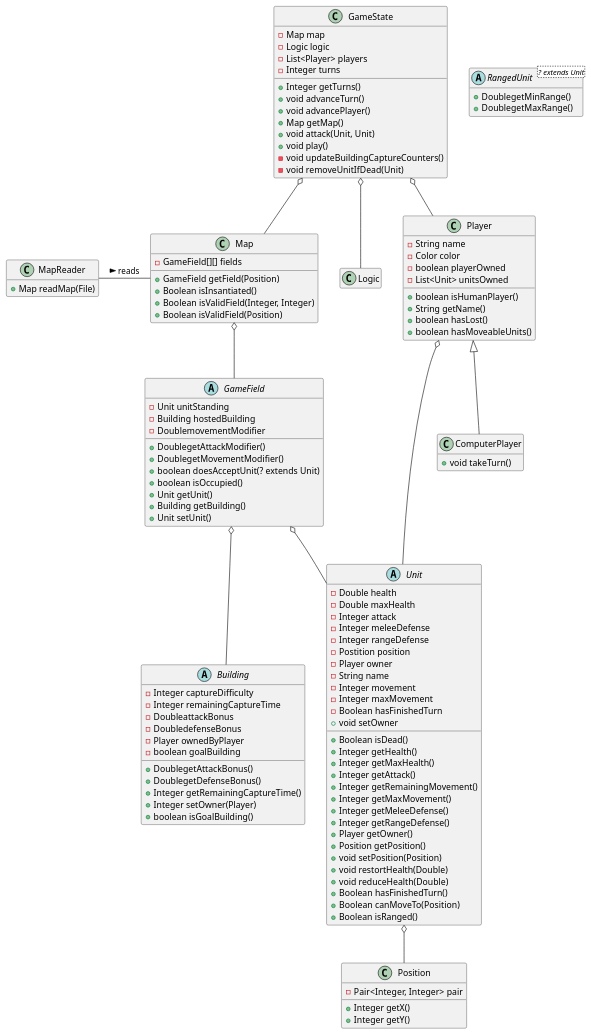
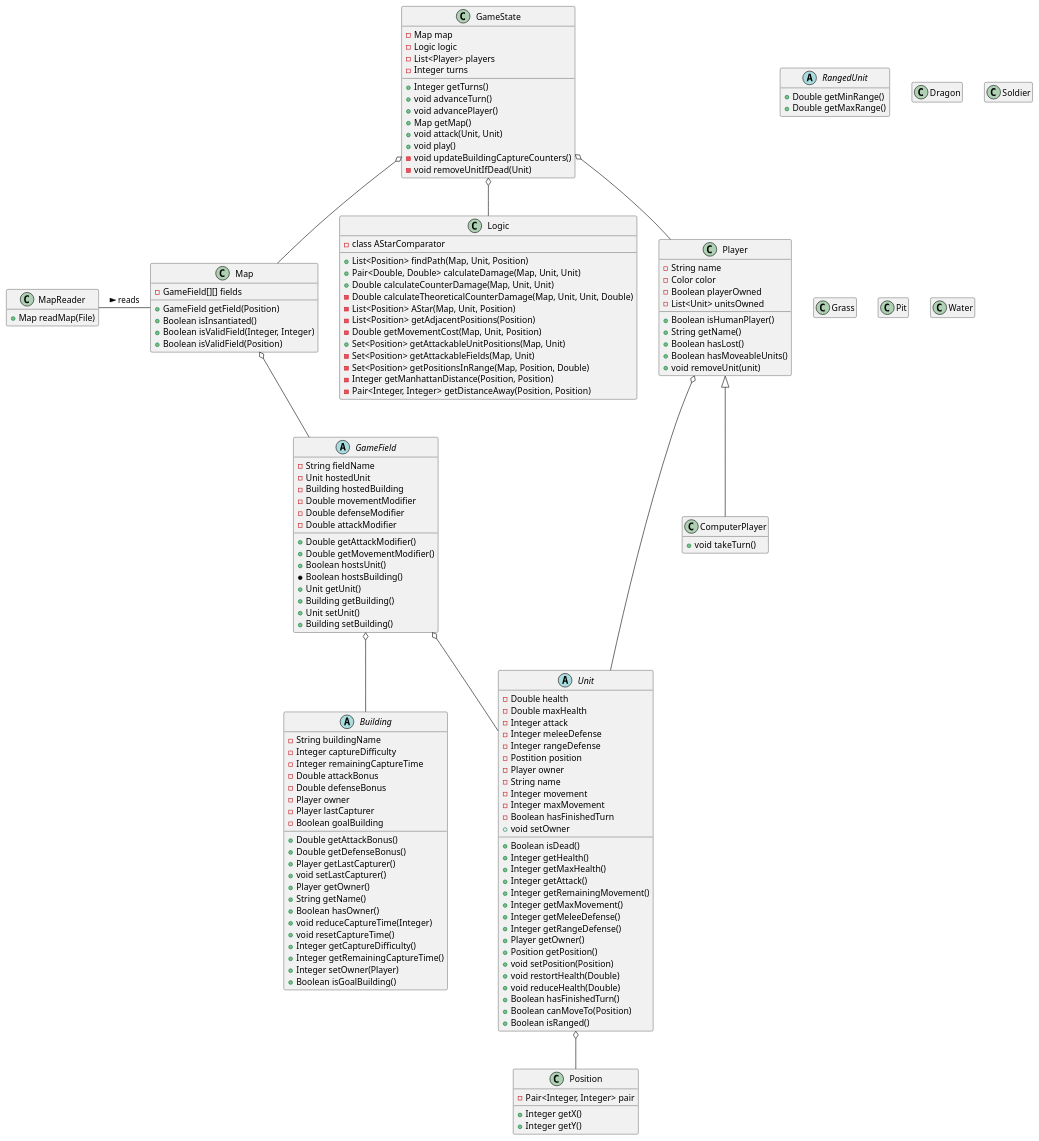
One commit to Fuuzetsu/dragon-wars changed the diagram in doc/uml.plantuml. Above: the diagram before and after it, drawn with PlantUML.

Commit message:
Add all the classes

```diff
--- a/doc/uml.plantuml
+++ b/doc/uml.plantuml
@@ -1,129 +1,175 @@
 @startuml
 GameState o-- Map
 GameState o-- Logic
 GameState o-- Player
 MapReader - Map : reads >
 Map o-- GameField
 GameField o-- Building
 GameField o-- Unit
 Unit o-- Position
 Player o-- Unit
 Player <|-- ComputerPlayer
 
 
 class GameState {
       -Map map
       -Logic logic
       -List<Player> players
       -Integer turns
       +Integer getTurns()
       +void advanceTurn()
       +void advancePlayer()
       +Map getMap()
       +void attack(Unit, Unit)
       +void play()
       -void updateBuildingCaptureCounters()
       -void removeUnitIfDead(Unit)
       
 }
 
 class Map {
       -GameField[][] fields
       +GameField getField(Position)
       +Boolean isInsantiated()
       +Boolean isValidField(Integer, Integer)
       +Boolean isValidField(Position)
 }
 
 class Position {
       -Pair<Integer, Integer> pair
       +Integer getX()
       +Integer getY()
 }
 
 class MapReader {
       +Map readMap(File)
 }
 
 abstract class Unit {	 
       -Double health
       -Double maxHealth
       -Integer attack
       -Integer meleeDefense
       -Integer rangeDefense
       -Postition position
       -Player owner
       -String name
       -Integer movement
       -Integer maxMovement
       -Boolean hasFinishedTurn
       +Boolean isDead()
       +Integer getHealth()
       +Integer getMaxHealth()
       +Integer getAttack()
       +Integer getRemainingMovement()			 	 
       +Integer getMaxMovement()			 	 
       +Integer getMeleeDefense()
       +Integer getRangeDefense()
       +Player getOwner()
       +void setOwner
       +Position getPosition()
       +void setPosition(Position)
       +void restortHealth(Double)
       +void reduceHealth(Double)
       +Boolean hasFinishedTurn()
       +Boolean canMoveTo(Position)
       +Boolean isRanged()
 }
 
+class Logic {
+      +List<Position> findPath(Map, Unit, Position)
+      +Pair<Double, Double> calculateDamage(Map, Unit, Unit)
+      +Double calculateCounterDamage(Map, Unit, Unit)
+      -Double calculateTheoreticalCounterDamage(Map, Unit, Unit, Double)
+      -List<Position> AStar(Map, Unit, Position)
+      -List<Position> getAdjacentPositions(Position)
+      -class AStarComparator
+      -Double getMovementCost(Map, Unit, Position)
+      +Set<Position> getAttackableUnitPositions(Map, Unit)
+      -Set<Position> getAttackableFields(Map, Unit)
+      -Set<Position> getPositionsInRange(Map, Position, Double)
+      -Integer getManhattanDistance(Position, Position)
+      -Pair<Integer, Integer> getDistanceAway(Position, Position)
+      
+}
 
 class Player {
       -String name
       -Color color
-      -boolean playerOwned
+      -Boolean playerOwned
       -List<Unit> unitsOwned
-      +boolean isHumanPlayer()
+      +Boolean isHumanPlayer()
       +String getName()
-      +boolean hasLost()
-      +boolean hasMoveableUnits()
+      +Boolean hasLost()
+      +Boolean hasMoveableUnits()
+      +void removeUnit(unit)
 }
 
 class ComputerPlayer {
       +void takeTurn()
 }
 
 abstract class Building {
+      -String buildingName
       -Integer captureDifficulty
       -Integer remainingCaptureTime
-      -DoubleattackBonus
-      -DoubledefenseBonus
-      -Player ownedByPlayer
-      -boolean goalBuilding
-      +DoublegetAttackBonus()
-      +DoublegetDefenseBonus()
+      -Double attackBonus
+      -Double defenseBonus
+      -Player owner
+      -Player lastCapturer
+      -Boolean goalBuilding
+      +Double getAttackBonus()
+      +Double getDefenseBonus()
+      +Player getLastCapturer()
+      +void setLastCapturer()
+      +Player getOwner()
+      +String getName()
+      +Boolean hasOwner()
+      +void reduceCaptureTime(Integer)
+      +void resetCaptureTime()
+      +Integer getCaptureDifficulty()
       +Integer getRemainingCaptureTime()
       +Integer setOwner(Player)
-      +boolean isGoalBuilding()      
+      +Boolean isGoalBuilding()      
 }
 
 abstract class GameField {
-      -Unit unitStanding
+      -String fieldName
+      -Unit hostedUnit
       -Building hostedBuilding
-      -DoublemovementModifier
-      +DoublegetAttackModifier()
-      +DoublegetMovementModifier()
-      +boolean doesAcceptUnit(? extends Unit)
-      +boolean isOccupied()
+      -Double movementModifier
+      -Double defenseModifier
+      -Double attackModifier
+      +Double getAttackModifier()
+      +Double getMovementModifier()
+      +Boolean hostsUnit()
+      *Boolean hostsBuilding()
       +Unit getUnit()
       +Building getBuilding()
       +Unit setUnit()
+      +Building setBuilding()
 }
 
-abstract class RangedUnit<? extends Unit> {
-      +DoublegetMinRange()
-      +DoublegetMaxRange()
+abstract class RangedUnit {
+      +Double getMinRange()
+      +Double getMaxRange()
+}
+
+class Dragon {
+}
+
+class Soldier {
+}
+
+class Grass {
+}
+
+class Pit {
+}
+
+class Water {
 }
 
 hide empty members
 
 @enduml
```
